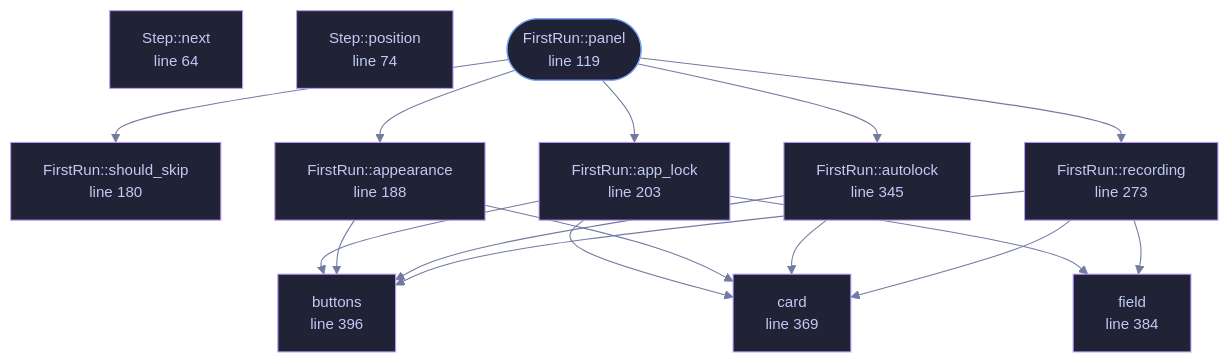
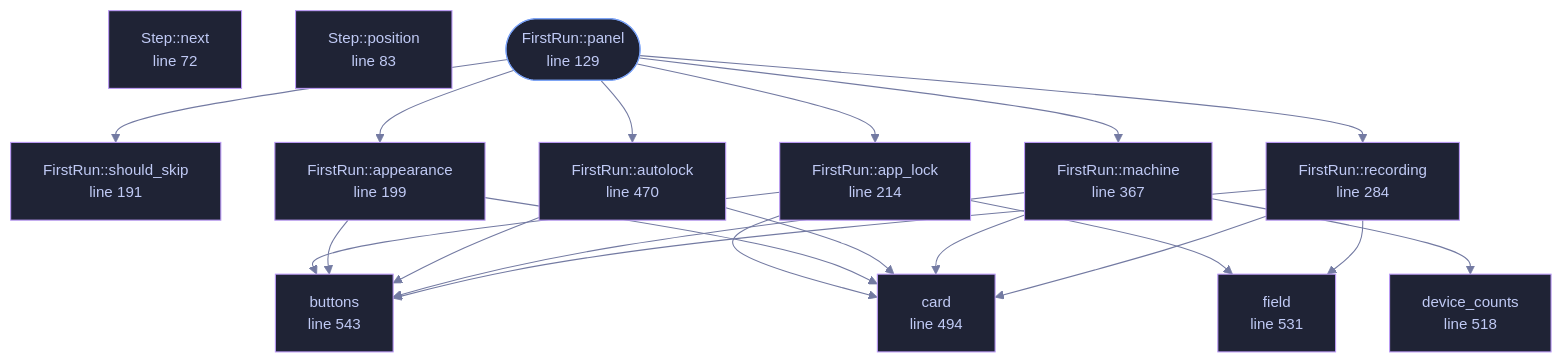
The diagram in docs/files/veilvoice-gui/firstrun.md (tilas01/veilvoice), drawn with Mermaid before and after one commit. The commit also changed other lines of this file and 25 other files, not shown here.

First line of the commit message:
firstrun: a card that reads the machine rather than asserting it

````diff
--- a/docs/files/veilvoice-gui/firstrun.md
+++ b/docs/files/veilvoice-gui/firstrun.md
@@ -99,45 +99,53 @@
 ```mermaid
 %%{init: {"theme":"base","themeVariables":{"background":"#1a1b26","primaryColor":"#1f2335","primaryTextColor":"#c0caf5","primaryBorderColor":"#7aa2f7","secondaryColor":"#16161e","tertiaryColor":"#16161e","lineColor":"#737aa2","textColor":"#c0caf5","mainBkg":"#1f2335","nodeBorder":"#7aa2f7","clusterBkg":"#16161e","clusterBorder":"#2f3549","fontFamily":"ui-monospace, SFMono-Regular, Consolas, monospace","fontSize":"14px"}}}%%
 flowchart TD
-    n_next["Step::next<br/>line 64"]
-    n_position["Step::position<br/>line 74"]
-    n_panel(["FirstRun::panel<br/>line 119"])
-    n_should_skip["FirstRun::should_skip<br/>line 180"]
-    n_appearance["FirstRun::appearance<br/>line 188"]
-    n_app_lock["FirstRun::app_lock<br/>line 203"]
-    n_recording["FirstRun::recording<br/>line 273"]
-    n_autolock["FirstRun::autolock<br/>line 345"]
-    n_card["card<br/>line 369"]
-    n_field["field<br/>line 384"]
-    n_buttons["buttons<br/>line 396"]
+    n_next["Step::next<br/>line 72"]
+    n_position["Step::position<br/>line 83"]
+    n_panel(["FirstRun::panel<br/>line 129"])
+    n_should_skip["FirstRun::should_skip<br/>line 191"]
+    n_appearance["FirstRun::appearance<br/>line 199"]
+    n_app_lock["FirstRun::app_lock<br/>line 214"]
+    n_recording["FirstRun::recording<br/>line 284"]
+    n_machine["FirstRun::machine<br/>line 367"]
+    n_autolock["FirstRun::autolock<br/>line 470"]
+    n_card["card<br/>line 494"]
+    n_device_counts["device_counts<br/>line 518"]
+    n_field["field<br/>line 531"]
+    n_buttons["buttons<br/>line 543"]
     n_app_lock --> n_buttons
     n_app_lock --> n_card
     n_app_lock --> n_field
     n_appearance --> n_buttons
     n_appearance --> n_card
     n_autolock --> n_buttons
     n_autolock --> n_card
+    n_machine --> n_buttons
+    n_machine --> n_card
+    n_machine --> n_device_counts
     n_panel --> n_app_lock
     n_panel --> n_appearance
     n_panel --> n_autolock
+    n_panel --> n_machine
     n_panel --> n_recording
     n_panel --> n_should_skip
     n_recording --> n_buttons
     n_recording --> n_card
     n_recording --> n_field
-    click n_next href "https://github.com/tilas01/veilvoice/blob/main/crates/veilvoice-gui/src/firstrun.rs#L64" "open the source"
-    click n_position href "https://github.com/tilas01/veilvoice/blob/main/crates/veilvoice-gui/src/firstrun.rs#L74" "open the source"
-    click n_panel href "https://github.com/tilas01/veilvoice/blob/main/crates/veilvoice-gui/src/firstrun.rs#L119" "open the source"
-    click n_should_skip href "https://github.com/tilas01/veilvoice/blob/main/crates/veilvoice-gui/src/firstrun.rs#L180" "open the source"
-    click n_appearance href "https://github.com/tilas01/veilvoice/blob/main/crates/veilvoice-gui/src/firstrun.rs#L188" "open the source"
-    click n_app_lock href "https://github.com/tilas01/veilvoice/blob/main/crates/veilvoice-gui/src/firstrun.rs#L203" "open the source"
-    click n_recording href "https://github.com/tilas01/veilvoice/blob/main/crates/veilvoice-gui/src/firstrun.rs#L273" "open the source"
-    click n_autolock href "https://github.com/tilas01/veilvoice/blob/main/crates/veilvoice-gui/src/firstrun.rs#L345" "open the source"
-    click n_card href "https://github.com/tilas01/veilvoice/blob/main/crates/veilvoice-gui/src/firstrun.rs#L369" "open the source"
-    click n_field href "https://github.com/tilas01/veilvoice/blob/main/crates/veilvoice-gui/src/firstrun.rs#L384" "open the source"
-    click n_buttons href "https://github.com/tilas01/veilvoice/blob/main/crates/veilvoice-gui/src/firstrun.rs#L396" "open the source"
+    click n_next href "https://github.com/tilas01/veilvoice/blob/main/crates/veilvoice-gui/src/firstrun.rs#L72" "open the source"
+    click n_position href "https://github.com/tilas01/veilvoice/blob/main/crates/veilvoice-gui/src/firstrun.rs#L83" "open the source"
+    click n_panel href "https://github.com/tilas01/veilvoice/blob/main/crates/veilvoice-gui/src/firstrun.rs#L129" "open the source"
+    click n_should_skip href "https://github.com/tilas01/veilvoice/blob/main/crates/veilvoice-gui/src/firstrun.rs#L191" "open the source"
+    click n_appearance href "https://github.com/tilas01/veilvoice/blob/main/crates/veilvoice-gui/src/firstrun.rs#L199" "open the source"
+    click n_app_lock href "https://github.com/tilas01/veilvoice/blob/main/crates/veilvoice-gui/src/firstrun.rs#L214" "open the source"
+    click n_recording href "https://github.com/tilas01/veilvoice/blob/main/crates/veilvoice-gui/src/firstrun.rs#L284" "open the source"
+    click n_machine href "https://github.com/tilas01/veilvoice/blob/main/crates/veilvoice-gui/src/firstrun.rs#L367" "open the source"
+    click n_autolock href "https://github.com/tilas01/veilvoice/blob/main/crates/veilvoice-gui/src/firstrun.rs#L470" "open the source"
+    click n_card href "https://github.com/tilas01/veilvoice/blob/main/crates/veilvoice-gui/src/firstrun.rs#L494" "open the source"
+    click n_device_counts href "https://github.com/tilas01/veilvoice/blob/main/crates/veilvoice-gui/src/firstrun.rs#L518" "open the source"
+    click n_field href "https://github.com/tilas01/veilvoice/blob/main/crates/veilvoice-gui/src/firstrun.rs#L531" "open the source"
+    click n_buttons href "https://github.com/tilas01/veilvoice/blob/main/crates/veilvoice-gui/src/firstrun.rs#L543" "open the source"
     classDef entry fill:#1f2335,stroke:#7aa2f7,color:#c0caf5
     class n_panel entry
     classDef helper fill:#1f2335,stroke:#bb9af7,color:#c0caf5
-    class n_next,n_position,n_should_skip,n_appearance,n_app_lock,n_recording,n_autolock,n_card,n_field,n_buttons helper
+    class n_next,n_position,n_should_skip,n_appearance,n_app_lock,n_recording,n_machine,n_autolock,n_card,n_device_counts,n_field,n_buttons helper
 ```
````
